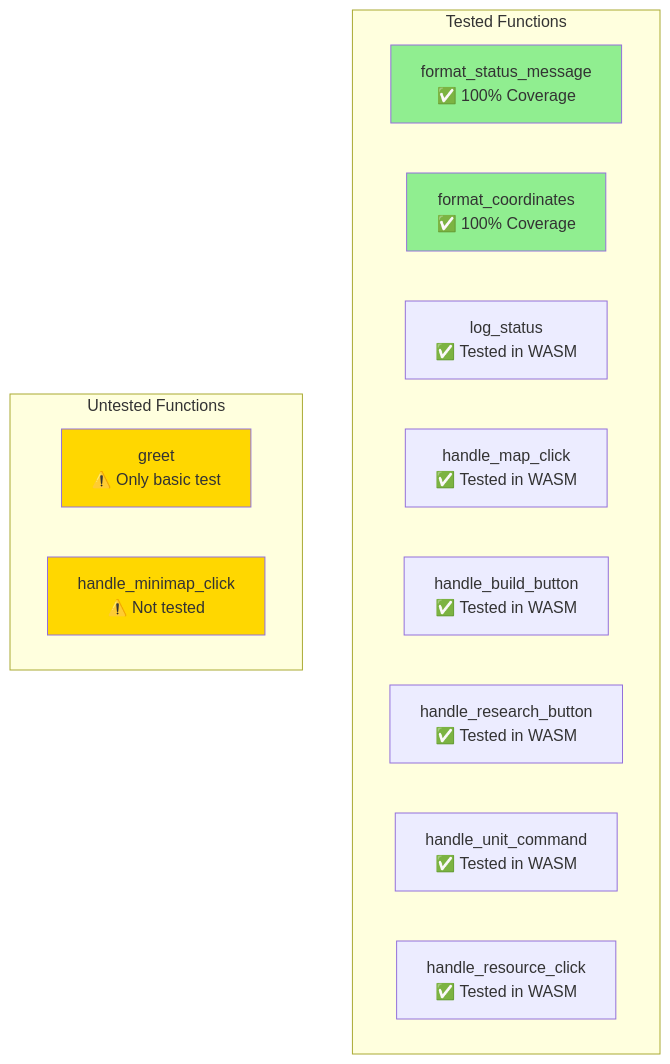
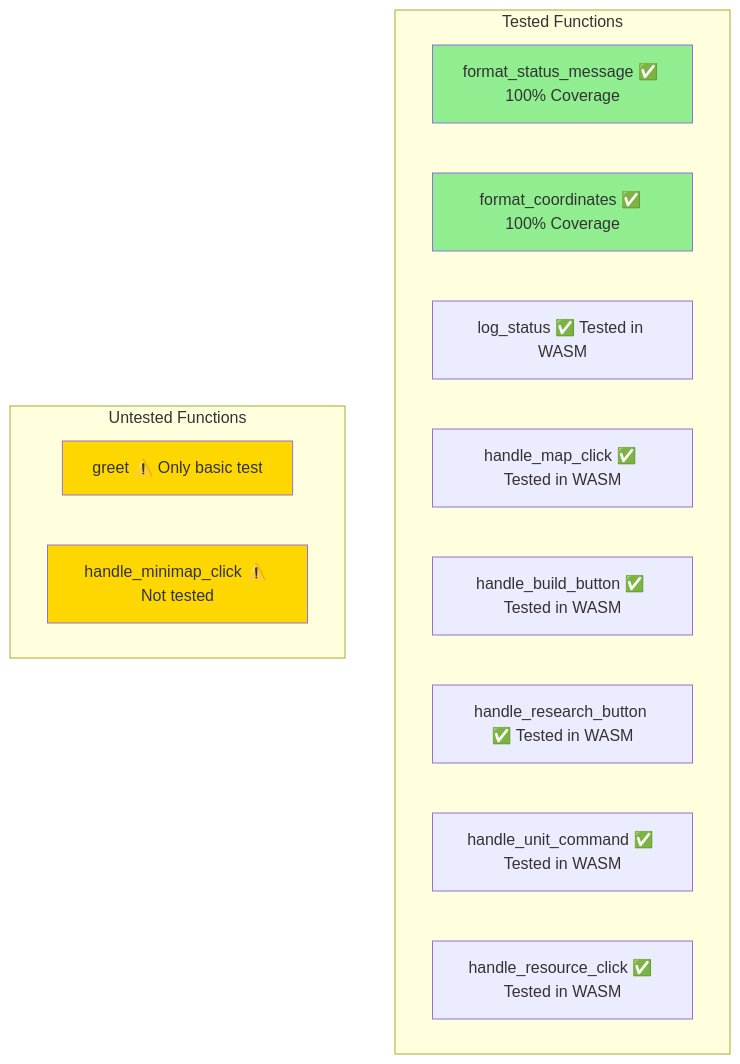
The second of 4 diagrams in wiki/Testing.md (softwarewrighter/rts_mock), drawn with Mermaid before and after one commit. The commit also changed other lines of this file and 5 other files, not shown here.

First line of the commit message:
Fix wiki Mermaid diagrams: remove <br/> tags

````diff
--- a/wiki/Testing.md
+++ b/wiki/Testing.md
@@ -289,23 +289,23 @@
 ```mermaid
 graph TB
     subgraph "Tested Functions"
-        FMT_STATUS[format_status_message<br/>✅ 100% Coverage]
-        FMT_COORD[format_coordinates<br/>✅ 100% Coverage]
-        LOG[log_status<br/>✅ Tested in WASM]
-        MAP_CLICK[handle_map_click<br/>✅ Tested in WASM]
-        BUILD[handle_build_button<br/>✅ Tested in WASM]
-        RESEARCH[handle_research_button<br/>✅ Tested in WASM]
-        UNIT[handle_unit_command<br/>✅ Tested in WASM]
-        RESOURCE[handle_resource_click<br/>✅ Tested in WASM]
+        FMT_STATUS[format_status_message ✅ 100% Coverage]
+        FMT_COORD[format_coordinates ✅ 100% Coverage]
+        LOG[log_status ✅ Tested in WASM]
+        MAP_CLICK[handle_map_click ✅ Tested in WASM]
+        BUILD[handle_build_button ✅ Tested in WASM]
+        RESEARCH[handle_research_button ✅ Tested in WASM]
+        UNIT[handle_unit_command ✅ Tested in WASM]
+        RESOURCE[handle_resource_click ✅ Tested in WASM]
     end
 
     subgraph "Untested Functions"
-        GREET[greet<br/>⚠️ Only basic test]
-        MINI[handle_minimap_click<br/>⚠️ Not tested]
+        GREET[greet ⚠️ Only basic test]
+        MINI[handle_minimap_click ⚠️ Not tested]
     end
 
     style FMT_STATUS fill:#90EE90
     style FMT_COORD fill:#90EE90
     style GREET fill:#FFD700
     style MINI fill:#FFD700
 ```
````
